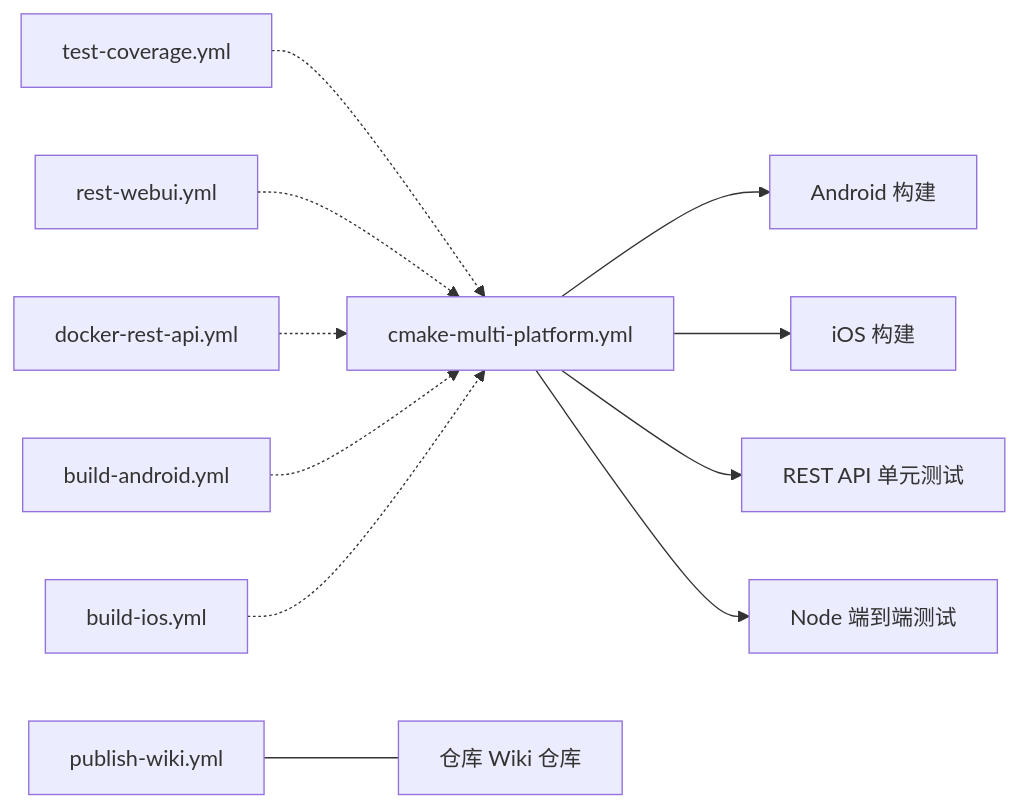
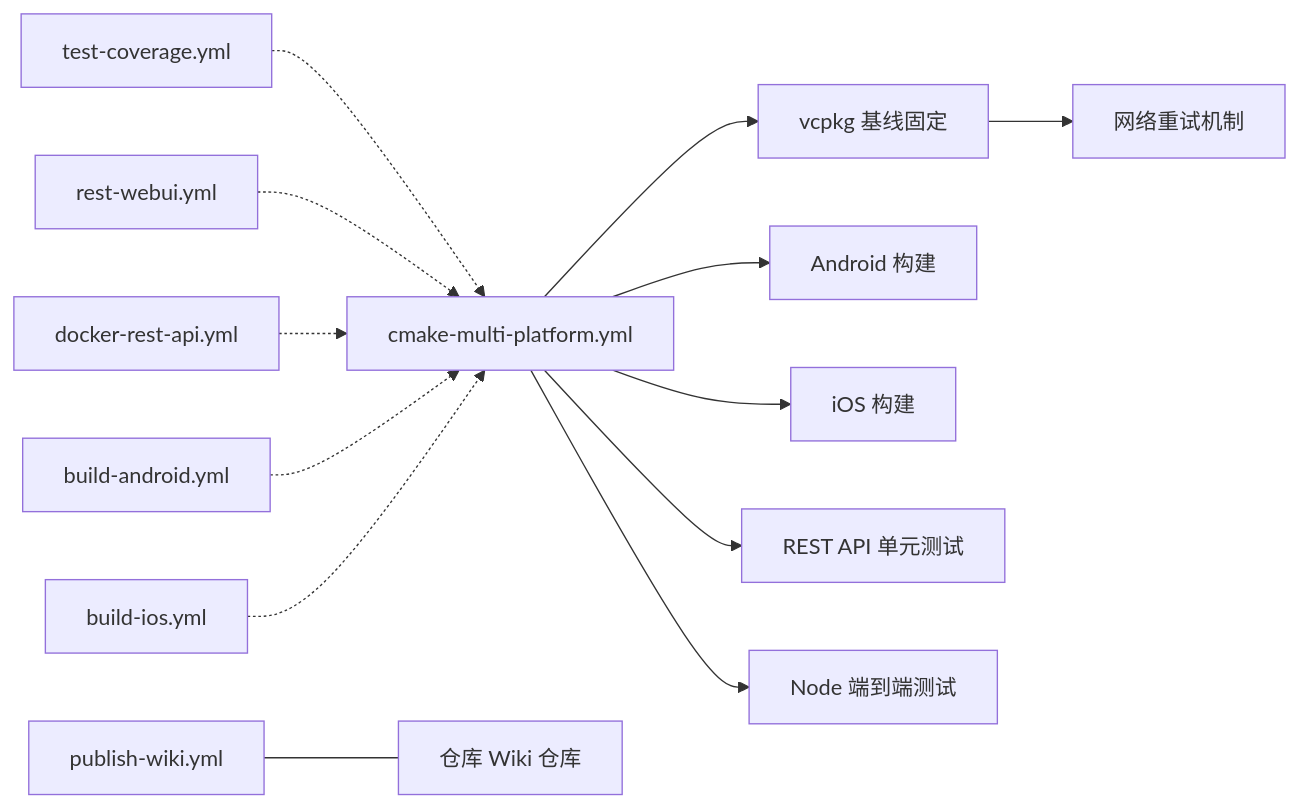
Diagram 11 of 11 in .qoder/repowiki/zh/content/开发测试与贡献/CI_CD流水线增强.md (hsmbanlance/HsBaSlicer), drawn with Mermaid before and after one commit. The commit also changed other lines of this file and 172 other files, not shown here.

````diff
--- a/.qoder/repowiki/zh/content/开发测试与贡献/CI_CD流水线增强.md
+++ b/.qoder/repowiki/zh/content/开发测试与贡献/CI_CD流水线增强.md
@@ -457,13 +470,15 @@
 ```mermaid
 graph LR
-Matrix["cmake-multi-platform.yml"] --> Android["Android 构建"]
+Matrix["cmake-multi-platform.yml"] --> VcpkgBase["vcpkg 基线固定"]
+VcpkgBase --> Retry["网络重试机制"]
+Matrix --> Android["Android 构建"]
 Matrix --> iOS["iOS 构建"]
 Matrix --> RestUnit["REST API 单元测试"]
 Matrix --> E2E["Node 端到端测试"]
 Coverage["test-coverage.yml"] -.-> Matrix
 WebUI["rest-webui.yml"] -.-> Matrix
 Docker["docker-rest-api.yml"] -.-> Matrix
 Wiki["publish-wiki.yml"] --- Repo["仓库 Wiki 仓库"]
 BuildAndroid["build-android.yml"] -.-> Matrix
 BuildIOS["build-ios.yml"] -.-> Matrix
 ```
````
